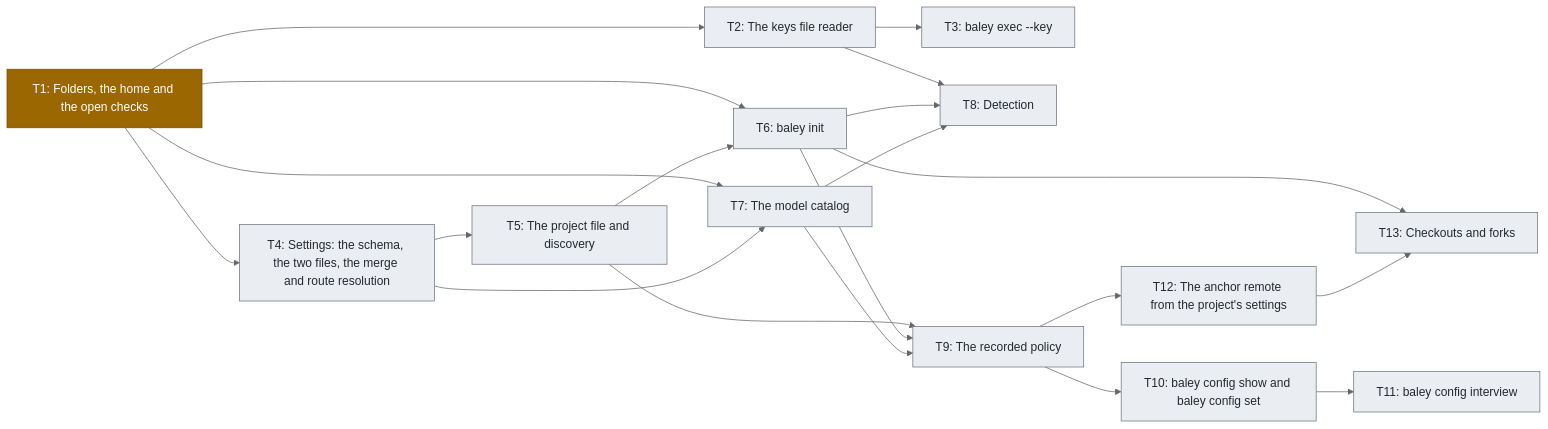
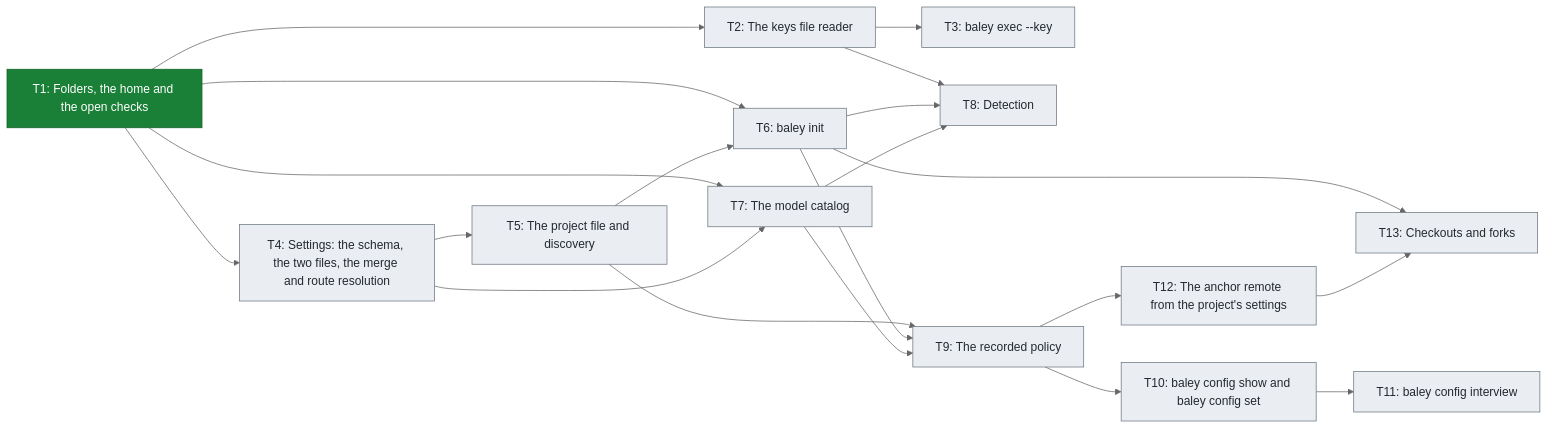
The third of 3 diagrams in docs/roadmap.md (crenshawdev/baley), drawn with Mermaid (neutral theme) before and after one commit. The commit also changed other lines of this file, not shown here.

Commit message:
docs(roadmap): mark Build 2 T1 merged
T1 landed in #149.

````diff
--- a/docs/roadmap.md
+++ b/docs/roadmap.md
@@ -100,41 +100,41 @@
 ```mermaid
 flowchart LR
     T1["T1: Folders, the home and the open checks"]
     T2["T2: The keys file reader"]
     T3["T3: baley exec --key"]
     T4["T4: Settings: the schema, the two files, the merge and route resolution"]
     T5["T5: The project file and discovery"]
     T6["T6: baley init"]
     T7["T7: The model catalog"]
     T8["T8: Detection"]
     T9["T9: The recorded policy"]
     T10["T10: baley config show and baley config set"]
     T11["T11: baley config interview"]
     T12["T12: The anchor remote from the project's settings"]
     T13["T13: Checkouts and forks"]
 
     T1 --> T2
     T1 --> T4
     T1 --> T6
     T1 --> T7
     T2 --> T3
     T2 --> T8
     T4 --> T5
     T4 --> T7
     T5 --> T6
     T5 --> T9
     T6 --> T8
     T6 --> T9
     T6 --> T13
     T7 --> T8
     T7 --> T9
     T9 --> T10
     T9 --> T12
     T10 --> T11
     T12 --> T13
 
-    classDef progress fill:#9a6700,stroke:#7d4e00,color:#ffffff
+    classDef done fill:#1a7f37,stroke:#116329,color:#ffffff
     classDef planned fill:#eaeef2,stroke:#6e7781,color:#24292f
-    class T1 progress
+    class T1 done
     class T2,T3,T4,T5,T6,T7,T8,T9,T10,T11,T12,T13 planned
 ```
````
